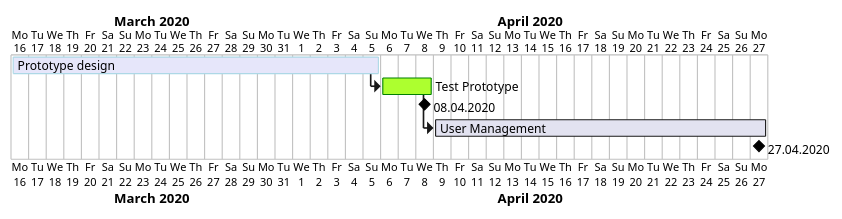
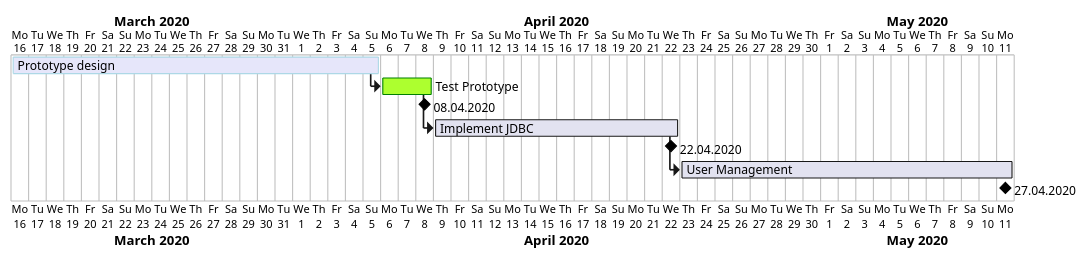
One commit to 1920-3ahif-syp/03-main-projects-with-admin-workmanager2 changed the diagram in asciidocs/gantt.adoc. Above: the diagram before and after it, drawn with PlantUML. The commit also changed other lines of this file and 3 other files, not shown here.

```diff
--- a/asciidocs/gantt.adoc
+++ b/asciidocs/gantt.adoc
@@ -22,18 +22,21 @@
 [plantuml,gantt,png]
 ....
 @startgantt
 Project starts the 16th of march 2020
 [Prototype design] as [Design] lasts 3 weeks
 [Design] is colored in Lavender/LightBlue
 
 [Test Prototype] as [Test] lasts 3 days
 [Test] is colored in GreenYellow/Green
 [Design] -> [Test]
 [08.04.2020] happens at [Test]'s end 
 
+[Implement JDBC] as [DB] lasts 2 weeks
+[Test] -> [DB]
+[22.04.2020] happens at [DB]'s end
+
 [User Management] as [User] lasts 19 days
-[Test] -> [User]
+[DB] -> [User]
 [27.04.2020] happens at [User]'s end
-
 @endgantt
 ....
```
